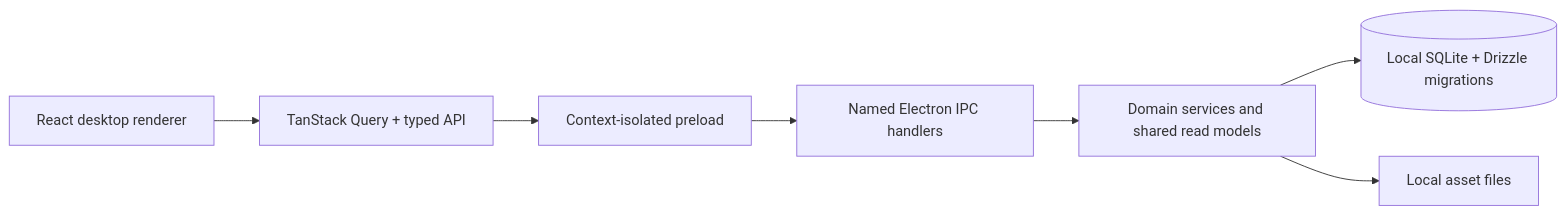
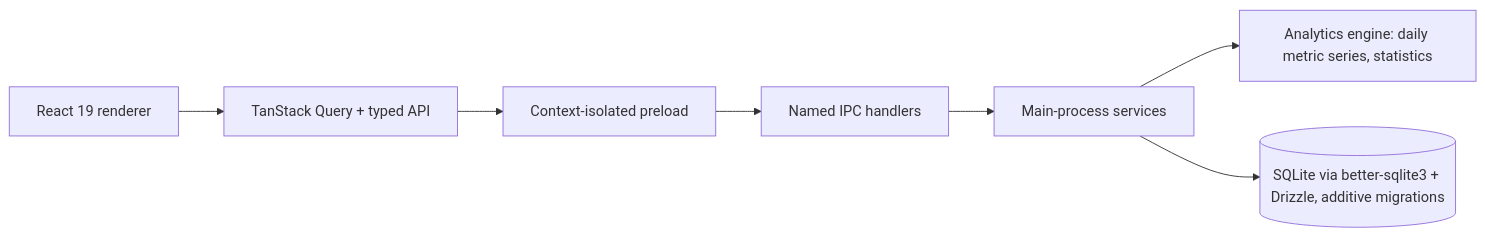
The diagram in portfolio/README.md (PapLion/Chimero), drawn with Mermaid before and after one commit. The commit also changed other lines of this file and 33 other files, not shown here.

````diff
--- a/portfolio/README.md
+++ b/portfolio/README.md
@@ -53,9 +87,9 @@
 ```mermaid
 flowchart LR
-  UI[React desktop renderer] --> Q[TanStack Query + typed API]
+  UI[React 19 renderer] --> Q[TanStack Query + typed API]
   Q --> P[Context-isolated preload]
-  P --> IPC[Named Electron IPC handlers]
-  IPC --> S[Domain services and shared read models]
-  S --> DB[(Local SQLite + Drizzle migrations)]
-  S --> A[Local asset files]
+  P --> IPC[Named IPC handlers]
+  IPC --> S[Main-process services]
+  S --> A[Analytics engine: daily metric series, statistics]
+  S --> DB[(SQLite via better-sqlite3 + Drizzle, additive migrations)]
 ```
````
